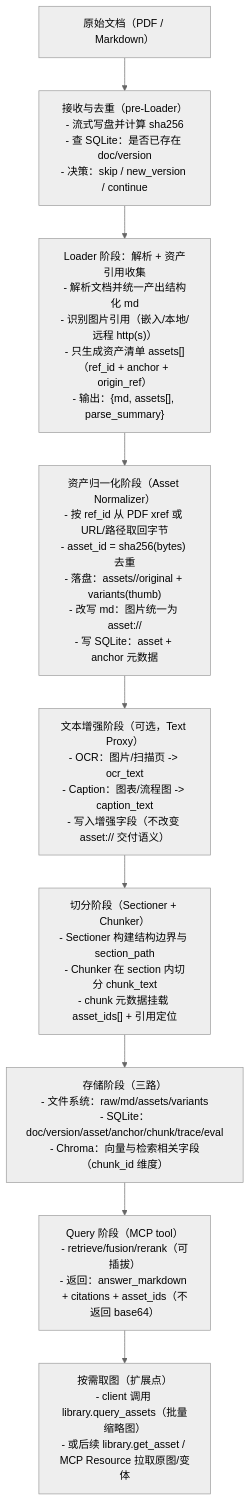
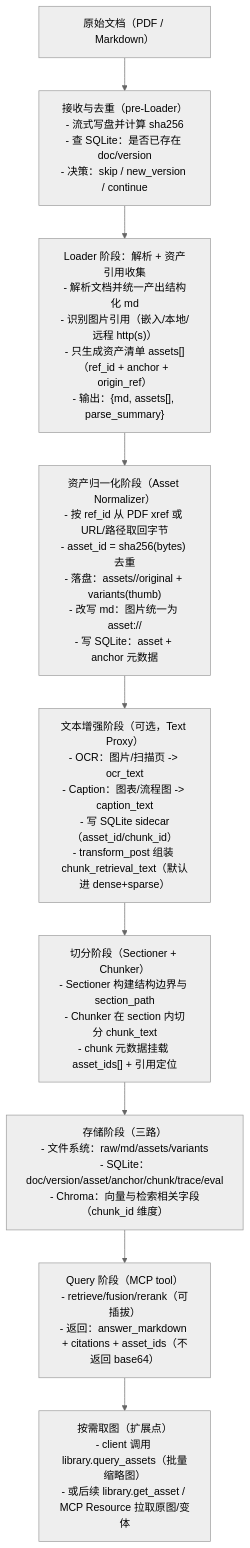
Before and after one commit to Deng-Lee/Module-Rag: the diagram in DEV_SPEC.md, drawn with Mermaid (neutral theme). The commit also changed other lines of this file and 61 other files, not shown here.

````diff
--- a/DEV_SPEC.md
+++ b/DEV_SPEC.md
@@ -2887,23 +2909,23 @@
 ```mermaid
 flowchart TD
   A["原始文档（PDF / Markdown）"]
 
   B["接收与去重（pre-Loader）<br/>- 流式写盘并计算 sha256<br/>- 查 SQLite：是否已存在 doc/version<br/>- 决策：skip / new_version / continue"]
 
   C["Loader 阶段：解析 + 资产引用收集<br/>- 解析文档并统一产出结构化 md<br/>- 识别图片引用（嵌入/本地/远程 http(s)）<br/>- 只生成资产清单 assets[]（ref_id + anchor + origin_ref）<br/>- 输出：{md, assets[], parse_summary}"]
 
   D["资产归一化阶段（Asset Normalizer）<br/>- 按 ref_id 从 PDF xref 或 URL/路径取回字节<br/>- asset_id = sha256(bytes) 去重<br/>- 落盘：assets/<asset_id>/original + variants(thumb)<br/>- 改写 md：图片统一为 asset://<asset_id><br/>- 写 SQLite：asset + anchor 元数据"]
 
-  E["文本增强阶段（可选，Text Proxy）<br/>- OCR：图片/扫描页 -> ocr_text<br/>- Caption：图表/流程图 -> caption_text<br/>- 写入增强字段（不改变 asset:// 交付语义）"]
+  E["文本增强阶段（可选，Text Proxy）<br/>- OCR：图片/扫描页 -> ocr_text<br/>- Caption：图表/流程图 -> caption_text<br/>- 写 SQLite sidecar（asset_id/chunk_id）<br/>- transform_post 组装 chunk_retrieval_text（默认进 dense+sparse）"]
 
   F["切分阶段（Sectioner + Chunker）<br/>- Sectioner 构建结构边界与 section_path<br/>- Chunker 在 section 内切分 chunk_text<br/>- chunk 元数据挂载 asset_ids[] + 引用定位"]
 
   G["存储阶段（三路）<br/>- 文件系统：raw/md/assets/variants<br/>- SQLite：doc/version/asset/anchor/chunk/trace/eval<br/>- Chroma：向量与检索相关字段（chunk_id 维度）"]
 
   H["Query 阶段（MCP tool）<br/>- retrieve/fusion/rerank（可插拔）<br/>- 返回：answer_markdown + citations + asset_ids（不返回 base64）"]
 
   I["按需取图（扩展点）<br/>- client 调用 library.query_assets（批量缩略图）<br/>- 或后续 library.get_asset / MCP Resource 拉取原图/变体"]
 
   A --> B --> C --> D --> E --> F --> G
   G --> H --> I
 ```
````
